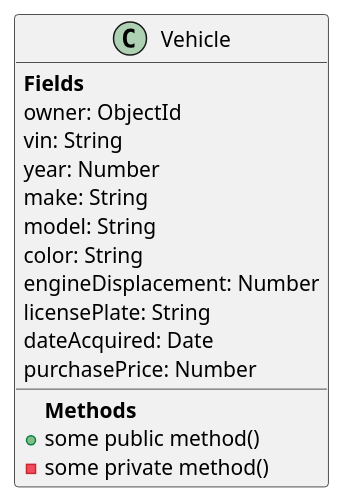
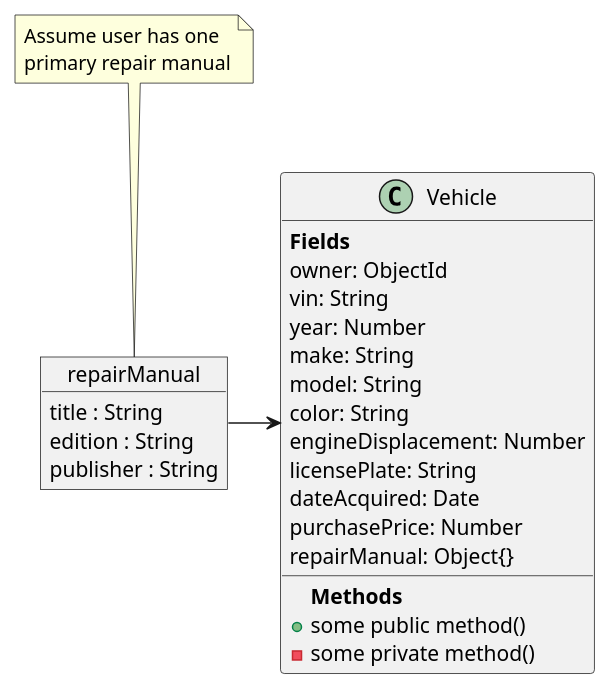
The diagram in src/app/odm/uml/vehicle.puml (TwoFistedJustice/manifold), drawn with PlantUML before and after one commit.

Commit message:
Add field and note to Vehicle diagram

```diff
--- a/src/app/odm/uml/vehicle.puml
+++ b/src/app/odm/uml/vehicle.puml
@@ -1,21 +1,40 @@
 @startuml
 class Vehicle {
-{field} <b>Fields</b>
+{field} **Fields**
 owner: ObjectId
 vin: String
 year: Number
 make: String
 model: String
 color: String
 engineDisplacement: Number
 licensePlate: String
 dateAcquired: Date
 purchasePrice: Number
+repairManual: Object{}
 
-{method}<b>Methods</b>
+{method}**Methods**
 +some public method()
 -some private method()
 }
 
 
+object repairManual{
+title : String
+edition : String
+publisher : String
+}
+
+
+
+note top
+Assume user has one
+primary repair manual
+end note
+
+
+repairManual -> Vehicle
+
+
+
 @enduml
```
